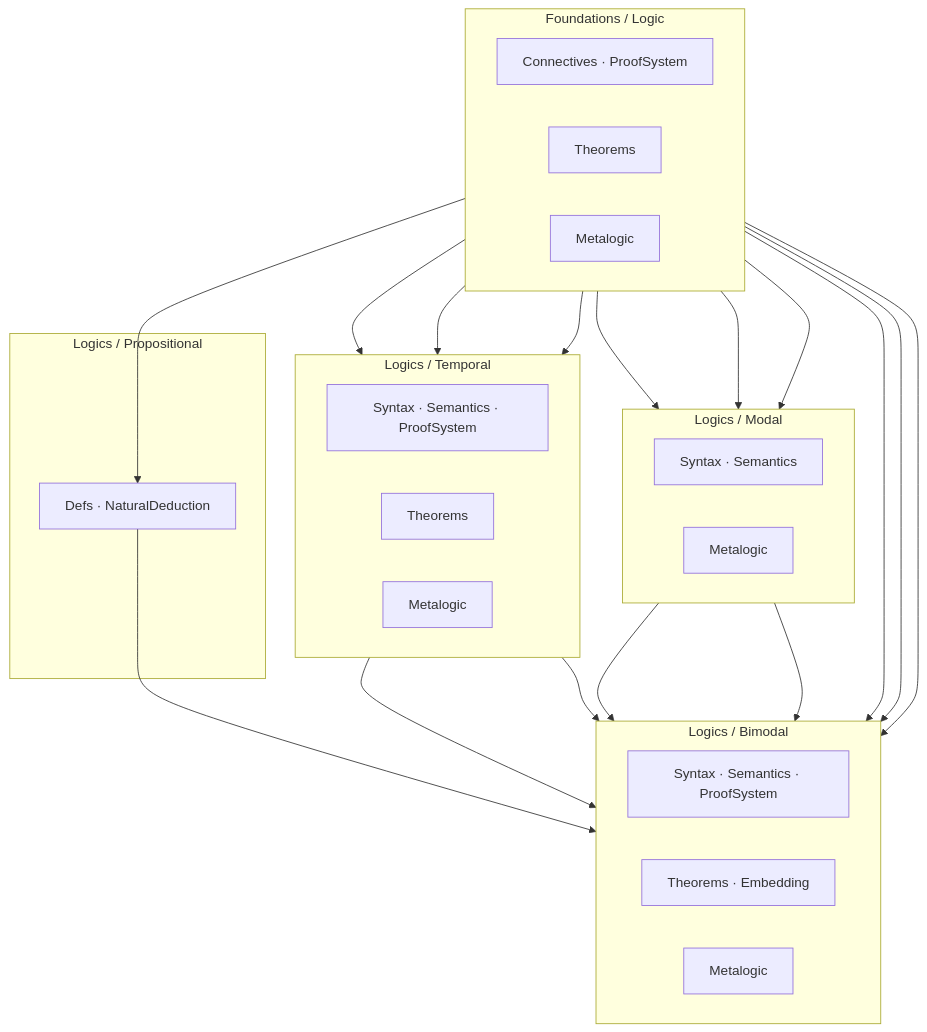
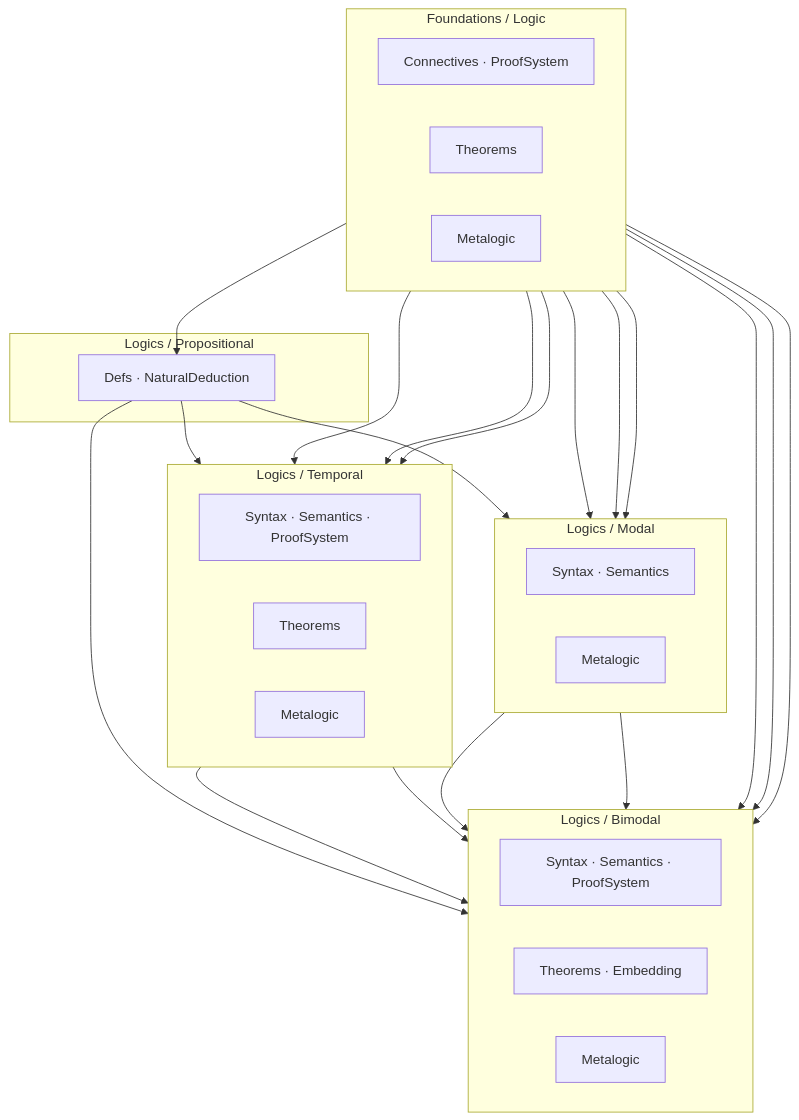
The diagram in specs/ROADMAP.md (benbrastmckie/cslib), drawn with Mermaid before and after one commit. The commit also changed other lines of this file and 11 other files, not shown here.

````diff
--- a/specs/ROADMAP.md
+++ b/specs/ROADMAP.md
@@ -28,43 +26,44 @@
 ```mermaid
 flowchart TB
     subgraph F ["Foundations / Logic"]
         direction LR
         F1["Connectives · ProofSystem"]
         F2["Theorems"]
         F3["Metalogic"]
     end
 
     subgraph P ["Logics / Propositional"]
         P1["Defs · NaturalDeduction"]
     end
 
     subgraph M ["Logics / Modal"]
         direction LR
         M1["Syntax · Semantics"]
         M2["Metalogic"]
     end
 
     subgraph T ["Logics / Temporal"]
         direction LR
         T1["Syntax · Semantics · ProofSystem"]
         T2["Theorems"]
         T3["Metalogic"]
     end
 
     subgraph B ["Logics / Bimodal"]
         direction LR
         B1["Syntax · Semantics · ProofSystem"]
         B2["Theorems · Embedding"]
         B3["Metalogic"]
     end
 
     F1 --> P1 & M1 & T1 & B1
     F2 --> M2 & T2 & B2
     F3 --> M2 & T3 & B3
 
-    P1 --> B2
+    P1 --> M1 & T1
     M1 --> B2
     M2 --> B3
     T2 --> B2
     T3 --> B3
+    P1 --> B2
 ```
````
